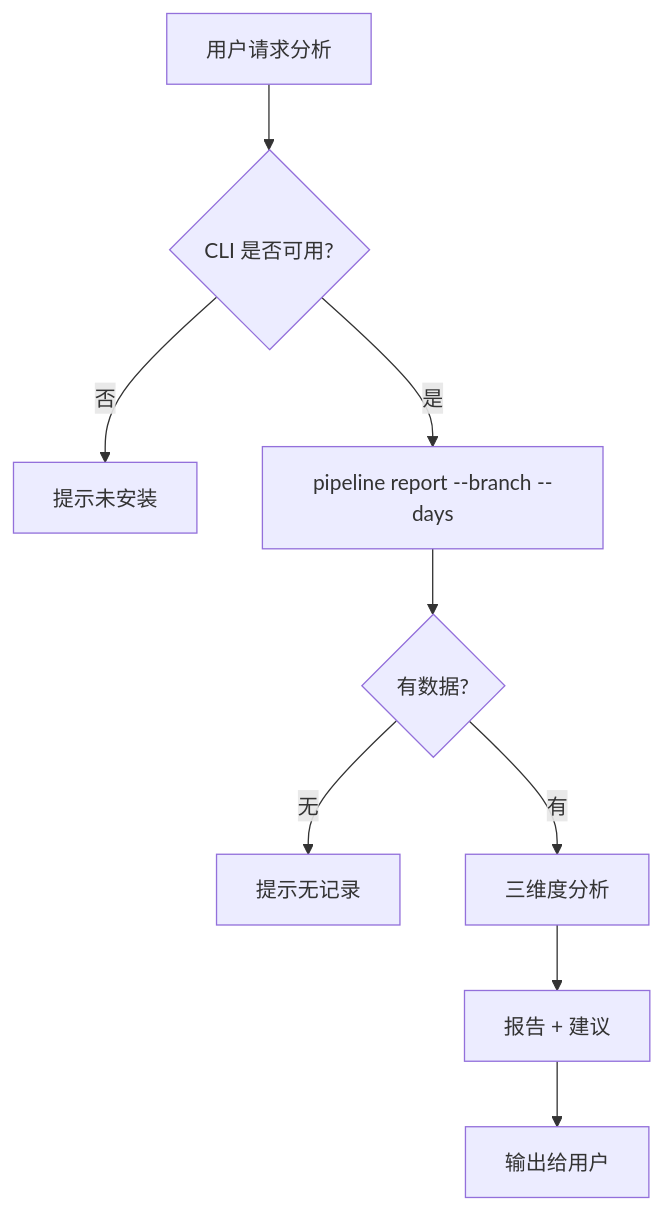
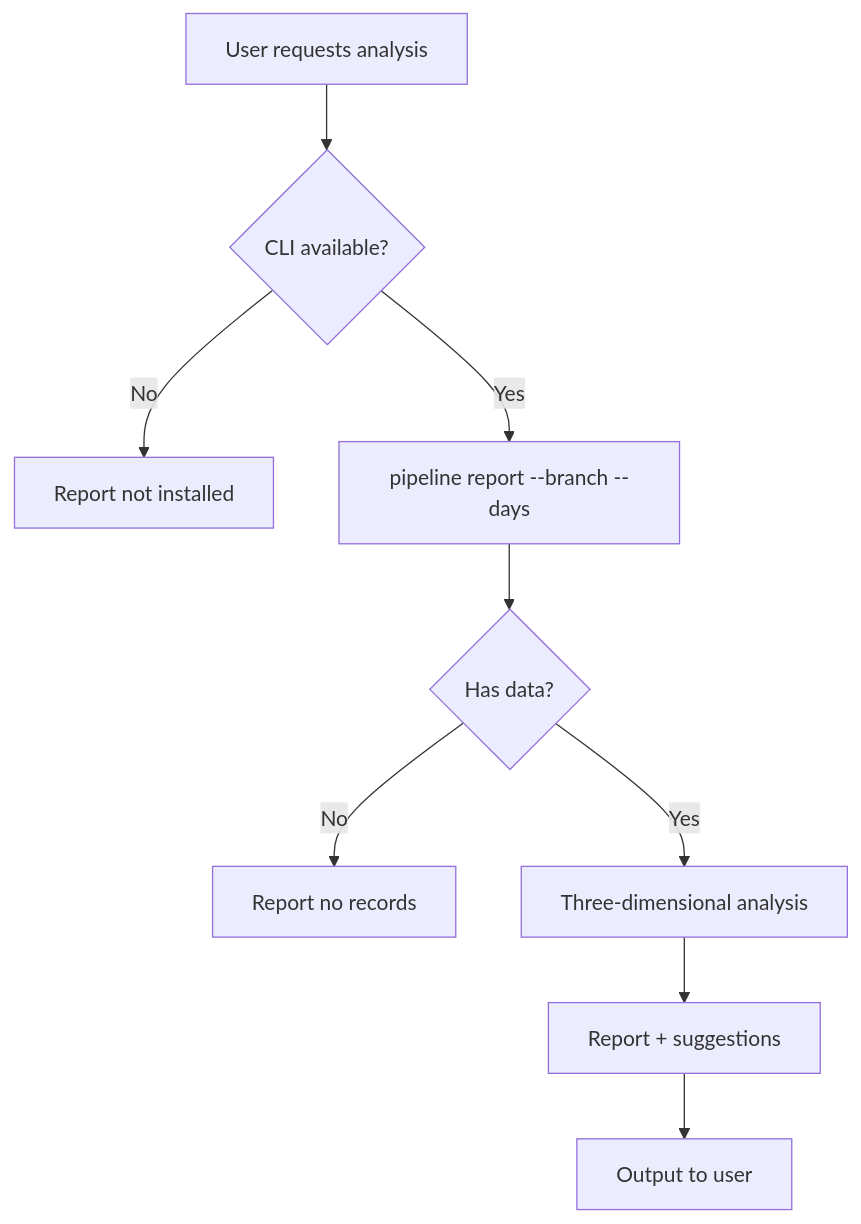
One commit to byx-darwin/gitflow-cli changed the diagram in skills/gitflow-pipeline-analyzer/SKILL.md. Above: the diagram before and after it, drawn with Mermaid. The commit also changed other lines of this file and 18 other files, not shown here.

````diff
--- a/skills/gitflow-pipeline-analyzer/SKILL.md
+++ b/skills/gitflow-pipeline-analyzer/SKILL.md
@@ -28,11 +28,11 @@
 ```mermaid
 flowchart TD
-  U[用户请求分析] --> PRE{CLI 是否可用?}
-  PRE -->|否| ERR1[提示未安装]
-  PRE -->|是| DATA[pipeline report --branch --days]
-  DATA --> H{有数据?}
-  H -->|无| NODATA[提示无记录]
-  H -->|有| ANALYZE[三维度分析]
-  ANALYZE --> REPORT[报告 + 建议]
-  REPORT --> OUT[输出给用户]
+  U[User requests analysis] --> PRE{CLI available?}
+  PRE -->|No| ERR1[Report not installed]
+  PRE -->|Yes| DATA[pipeline report --branch --days]
+  DATA --> H{Has data?}
+  H -->|No| NODATA[Report no records]
+  H -->|Yes| ANALYZE[Three-dimensional analysis]
+  ANALYZE --> REPORT[Report + suggestions]
+  REPORT --> OUT[Output to user]
 ```
````
